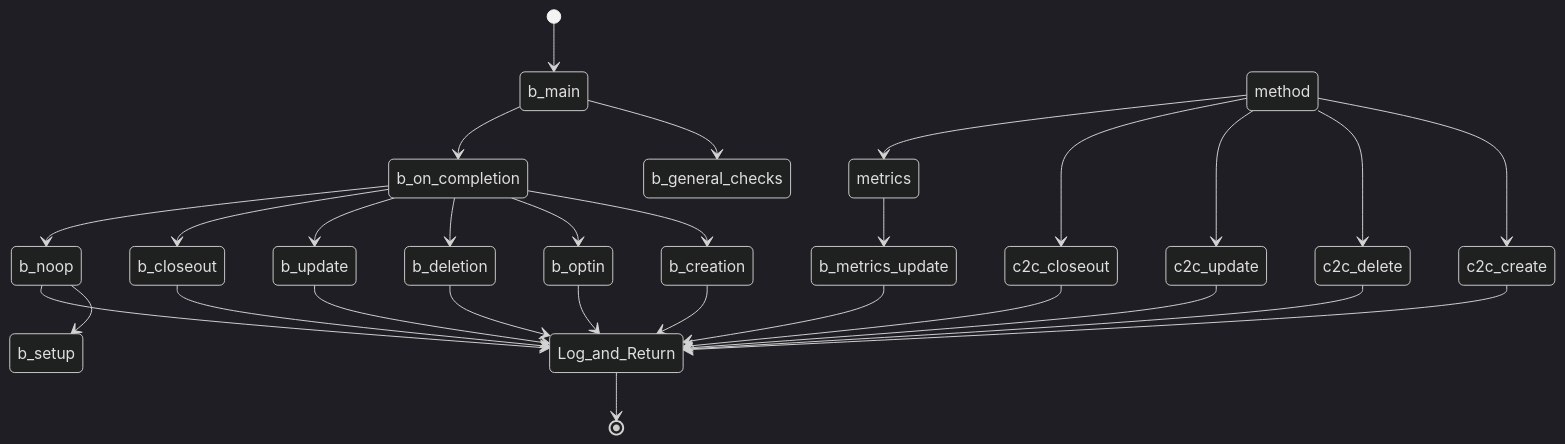
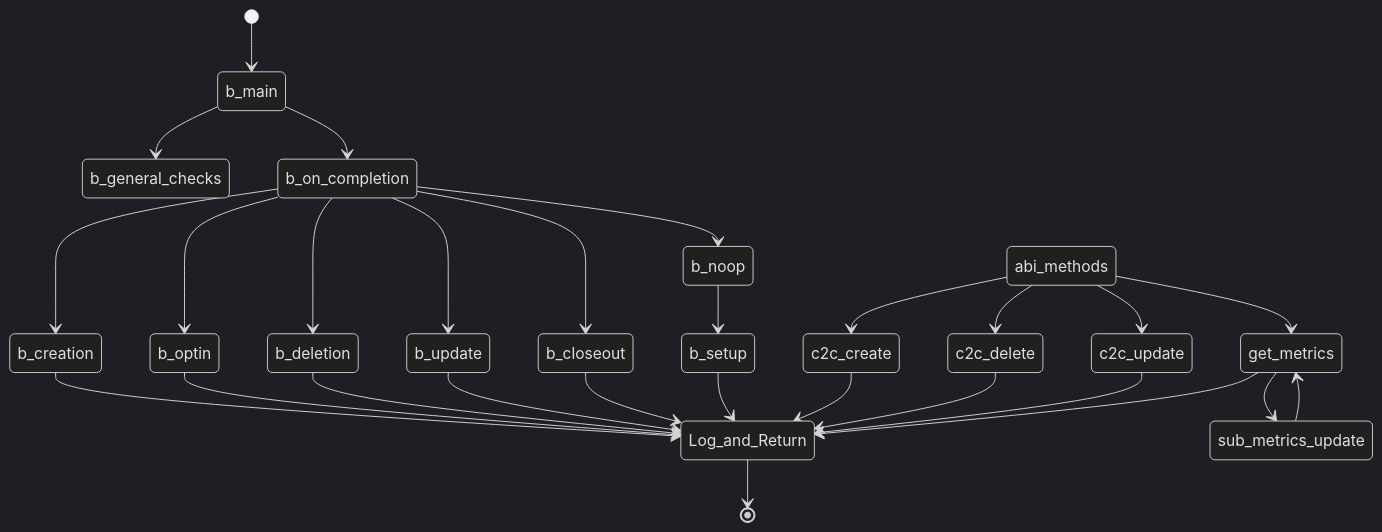
Before and after one commit to Sun-C0ffee/algopoap-smartcontracts: the fourth of 7 diagrams in README.md, drawn with Mermaid (dark theme). The commit also changed other lines of this file and 2 other files, not shown here.

Commit message:
Add ABI schemas

````diff
--- a/README.md
+++ b/README.md
@@ -74,36 +103,36 @@
 ```mermaid
   stateDiagram-v2
     [*] --> b_main
     b_main --> b_general_checks
     b_main --> b_on_completion
     b_on_completion --> b_creation
     b_creation --> Log_and_Return
     b_on_completion --> b_optin
     b_optin --> Log_and_Return
     b_on_completion --> b_deletion
     b_deletion --> Log_and_Return
     b_on_completion --> b_update
     b_update --> Log_and_Return
     b_on_completion --> b_closeout
     b_closeout --> Log_and_Return
 
     b_on_completion --> b_noop
     b_noop --> b_setup
-    b_noop --> Log_and_Return
+    b_setup --> Log_and_Return
 
-    method --> c2c_create
+    abi_methods --> c2c_create
     c2c_create --> Log_and_Return
-    method --> c2c_delete
+    abi_methods --> c2c_delete
     c2c_delete --> Log_and_Return
-    method --> c2c_update
+    abi_methods --> c2c_update
     c2c_update --> Log_and_Return
-    method --> c2c_closeout
-    c2c_closeout --> Log_and_Return
+
    
-    method --> metrics
-    metrics --> b_metrics_update
-    b_metrics_update --> Log_and_Return
+    abi_methods --> get_metrics
+    get_metrics --> sub_metrics_update
+    sub_metrics_update --> get_metrics
+    get_metrics --> Log_and_Return
 
     Log_and_Return --> [*]
     
 ```
````
